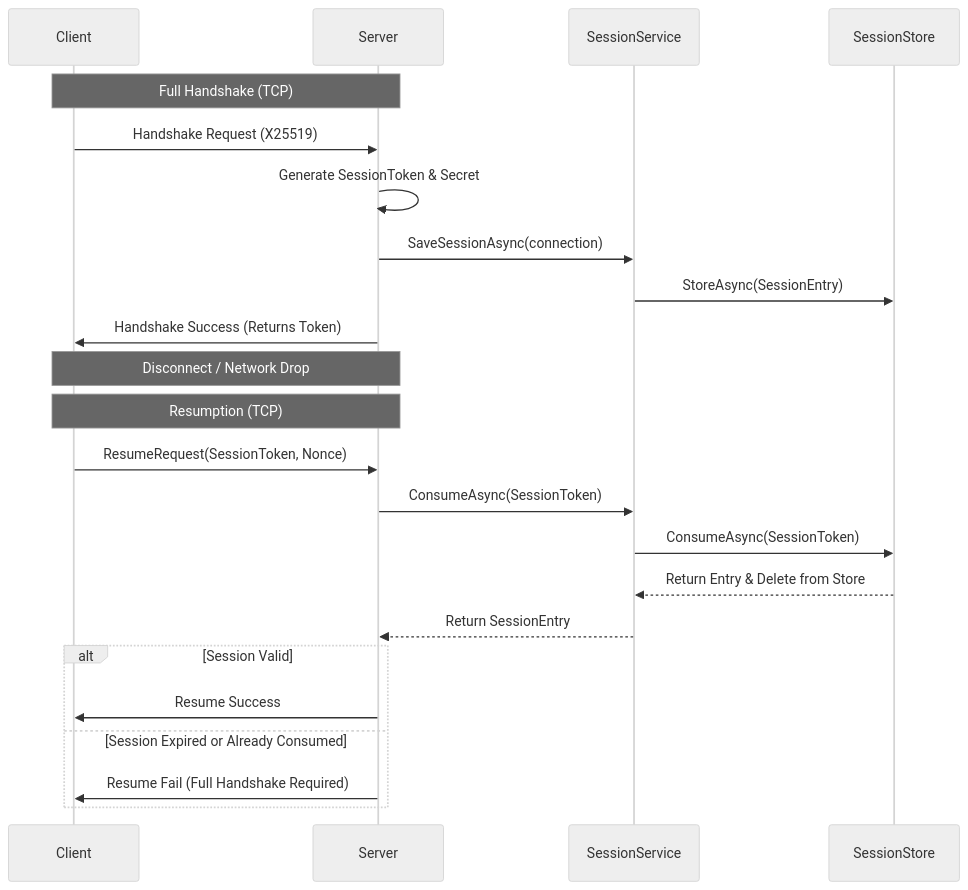
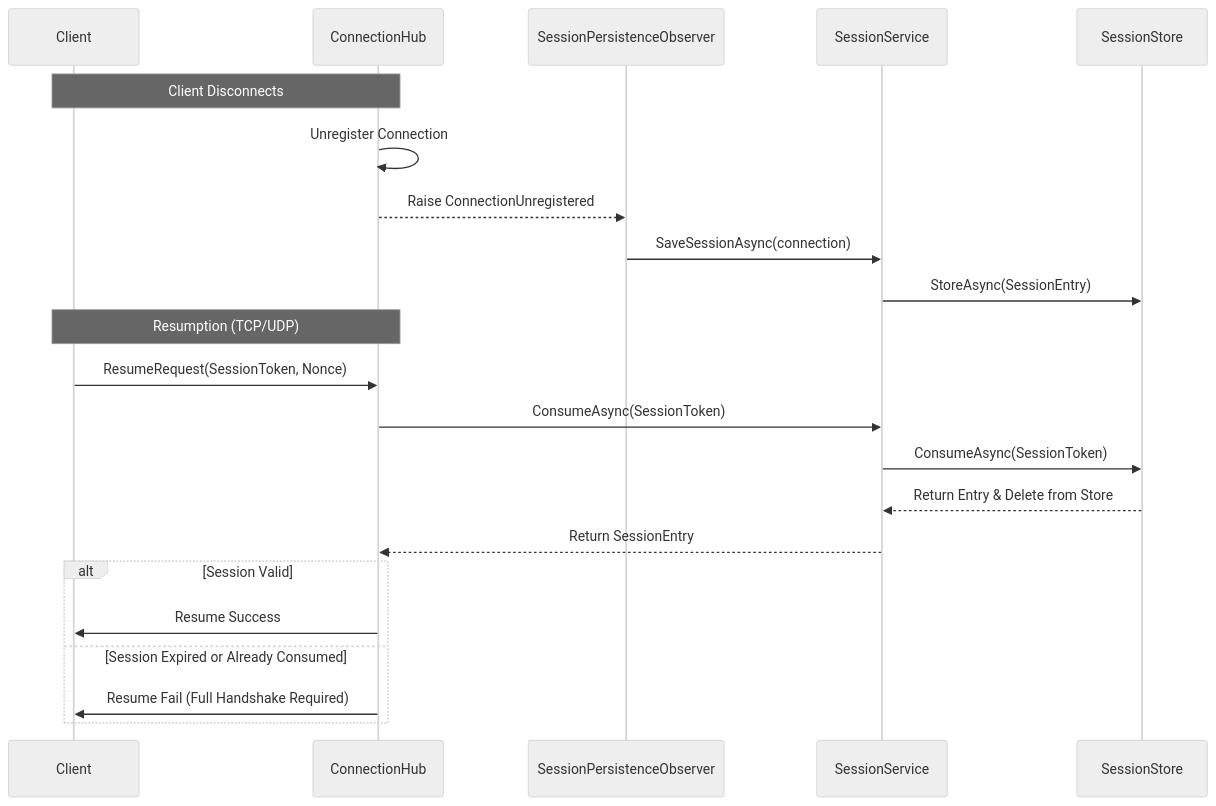
One commit to ppn-systems/Nalix changed the diagram in docs/api/network/session-store.md. Above: the diagram before and after it, drawn with Mermaid (neutral theme). The commit also changed other lines of this file and 59 other files, not shown here.

````diff
--- a/docs/api/network/session-store.md
+++ b/docs/api/network/session-store.md
@@ -27,29 +28,27 @@
 ```mermaid
 sequenceDiagram
     participant C as Client
-    participant S as Server
+    participant H as ConnectionHub
+    participant OBS as SessionPersistenceObserver
     participant SSV as SessionService
     participant ST as SessionStore
 
-    Note over C,S: Full Handshake (TCP)
-    C->>S: Handshake Request (X25519)
-    S->>S: Generate SessionToken & Secret
-    S->>SSV: SaveSessionAsync(connection)
+    Note over C,H: Client Disconnects
+    H->>H: Unregister Connection
+    H-->>OBS: Raise ConnectionUnregistered
+    OBS->>SSV: SaveSessionAsync(connection)
     SSV->>ST: StoreAsync(SessionEntry)
-    S->>C: Handshake Success (Returns Token)
 
-    Note over C,S: Disconnect / Network Drop
-
-    Note over C,S: Resumption (TCP)
-    C->>S: ResumeRequest(SessionToken, Nonce)
-    S->>SSV: ConsumeAsync(SessionToken)
+    Note over C,H: Resumption (TCP/UDP)
+    C->>H: ResumeRequest(SessionToken, Nonce)
+    H->>SSV: ConsumeAsync(SessionToken)
     SSV->>ST: ConsumeAsync(SessionToken)
     ST-->>SSV: Return Entry & Delete from Store
-    SSV-->>S: Return SessionEntry
+    SSV-->>H: Return SessionEntry
     
     alt Session Valid
-        S->>C: Resume Success
+        H->>C: Resume Success
     else Session Expired or Already Consumed
-        S->>C: Resume Fail (Full Handshake Required)
+        H->>C: Resume Fail (Full Handshake Required)
     end
 ```
````
